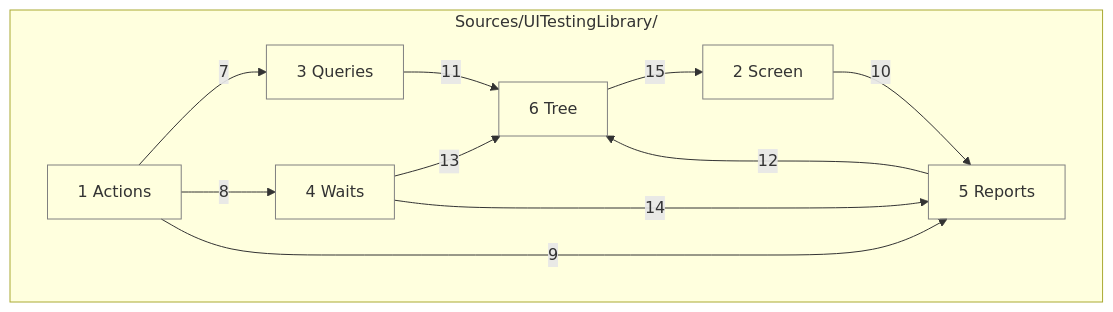
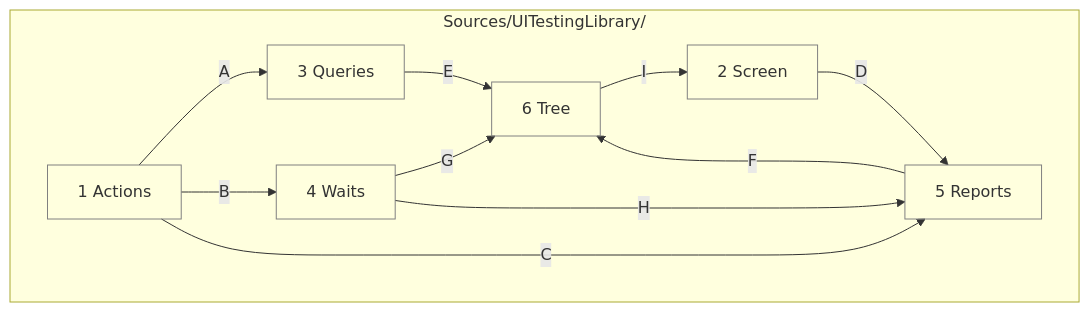
One commit to may-journal/apple-ui-testing-library changed the diagram in docs/architecture/04-code.md. Above: the diagram before and after it, drawn with Mermaid. The commit also changed other lines of this file and 4 other files, not shown here.

First line of the commit message:
docs(architecture): connector callouts are letters (#104)

````diff
--- a/docs/architecture/04-code.md
+++ b/docs/architecture/04-code.md
@@ -13,23 +13,23 @@
 ```mermaid
 flowchart TB
     subgraph src["Sources/UITestingLibrary/"]
         actions["1 Actions"]:::layer
         screen["2 Screen"]:::layer
         queries["3 Queries"]:::layer
         waits["4 Waits"]:::layer
         reports["5 Reports"]:::layer
         tree["6 Tree"]:::layer
     end
 
-    actions -->|7| queries
-    actions -->|8| waits
-    actions -->|9| reports
-    screen -->|10| reports
-    queries -->|11| tree
-    reports -->|12| tree
-    waits -->|13| tree
-    waits -->|14| reports
-    tree -->|15| screen
+    actions -->|A| queries
+    actions -->|B| waits
+    actions -->|C| reports
+    screen -->|D| reports
+    queries -->|E| tree
+    reports -->|F| tree
+    waits -->|G| tree
+    waits -->|H| reports
+    tree -->|I| screen
 
     classDef layer fill:none,stroke:gray
 ```
````
